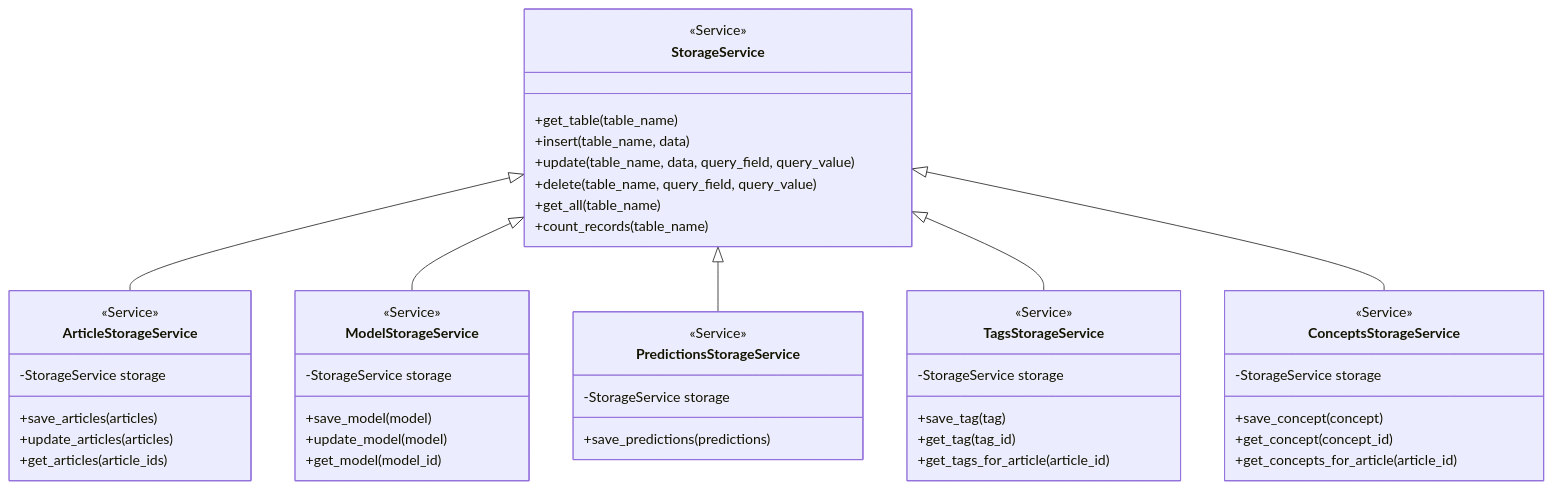
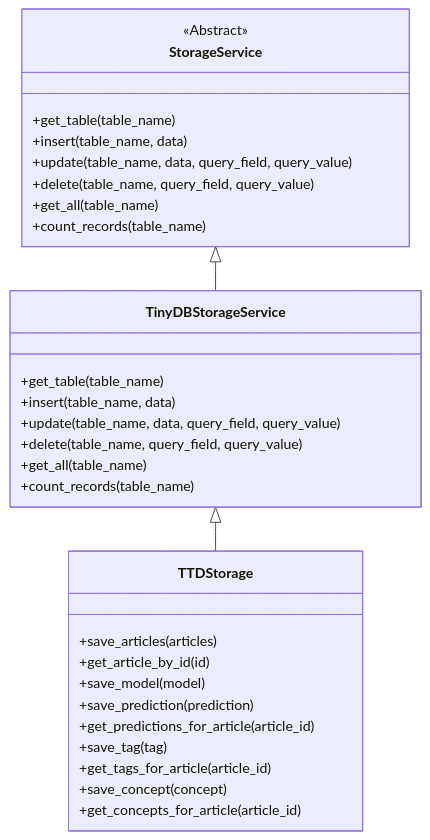
One commit to mcrilo33/hex_machina changed the first of 3 diagrams in docs/classes.md. Above: the diagram before and after it, drawn with Mermaid. The commit also changed 4 other files, not shown here.

````diff
--- a/docs/classes.md
+++ b/docs/classes.md
@@ -5,57 +5,40 @@
 ```mermaid
 classDiagram
     %% ===== BASE STORAGE SERVICE =====
     class StorageService {
-        <<Service>>
+        <<Abstract>>
         +get_table(table_name)
         +insert(table_name, data)
         +update(table_name, data, query_field, query_value)
         +delete(table_name, query_field, query_value)
         +get_all(table_name)
         +count_records(table_name)
     }
-    %% ===== ARTICLE-SPECIFIC STORAGE =====
-    class ArticleStorageService {
-        <<Service>>
-        -StorageService storage
+
+    %% ===== TINYDB STORAGE IMPLEMENTATION =====
+    class TinyDBStorageService {
+        +get_table(table_name)
+        +insert(table_name, data)
+        +update(table_name, data, query_field, query_value)
+        +delete(table_name, query_field, query_value)
+        +get_all(table_name)
+        +count_records(table_name)
+    }
+
+    %% ===== APP-SPECIFIC STORAGE WRAPPER =====
+    class TTDStorage {
         +save_articles(articles)
-        +update_articles(articles)
-        +get_articles(article_ids)
-    }
-    %% ===== MODEL-SPECIFIC STORAGE =====
-    class ModelStorageService {
-        <<Service>>
-        -StorageService storage
+        +get_article_by_id(id)
         +save_model(model)
-        +update_model(model)
-        +get_model(model_id)
-    }
-    %% ===== PREDICTIONS STORAGE =====
-    class PredictionsStorageService {
-        <<Service>>
-        -StorageService storage
-        +save_predictions(predictions)
-    }
-    %% ===== TAGS STORAGE =====
-    class TagsStorageService {
-        <<Service>>
-        -StorageService storage
+        +save_prediction(prediction)
+        +get_predictions_for_article(article_id)
         +save_tag(tag)
-        +get_tag(tag_id)
         +get_tags_for_article(article_id)
-    }
-    %% ===== CONCEPTS STORAGE =====
-    class ConceptsStorageService {
-        <<Service>>
-        -StorageService storage
         +save_concept(concept)
-        +get_concept(concept_id)
         +get_concepts_for_article(article_id)
     }
+
     %% ===== RELATIONSHIPS =====
-    StorageService <|-- ArticleStorageService
-    StorageService <|-- ModelStorageService
-    StorageService <|-- PredictionsStorageService
-    StorageService <|-- TagsStorageService
-    StorageService <|-- ConceptsStorageService
+    StorageService <|-- TinyDBStorageService
+    TinyDBStorageService <|-- TTDStorage
 ```
````
